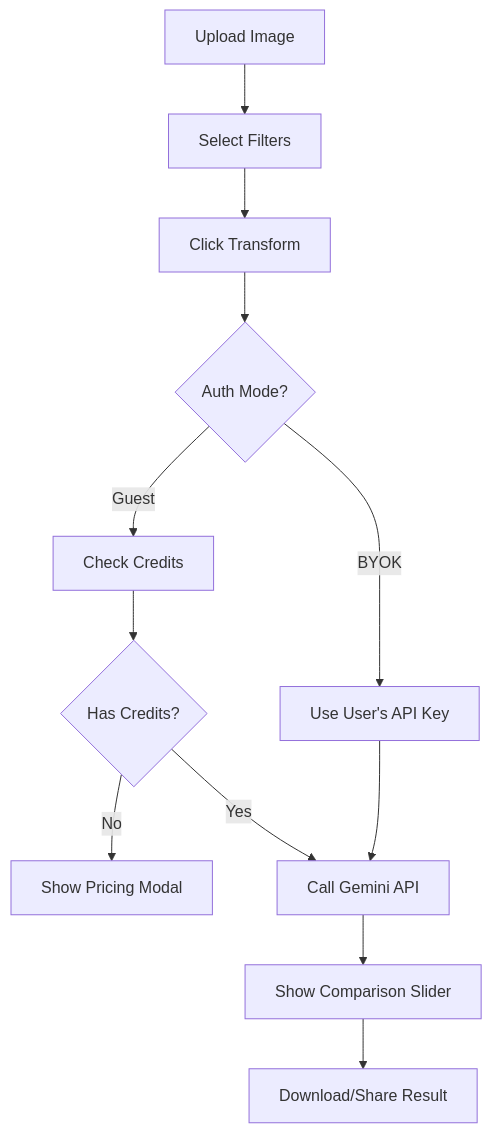
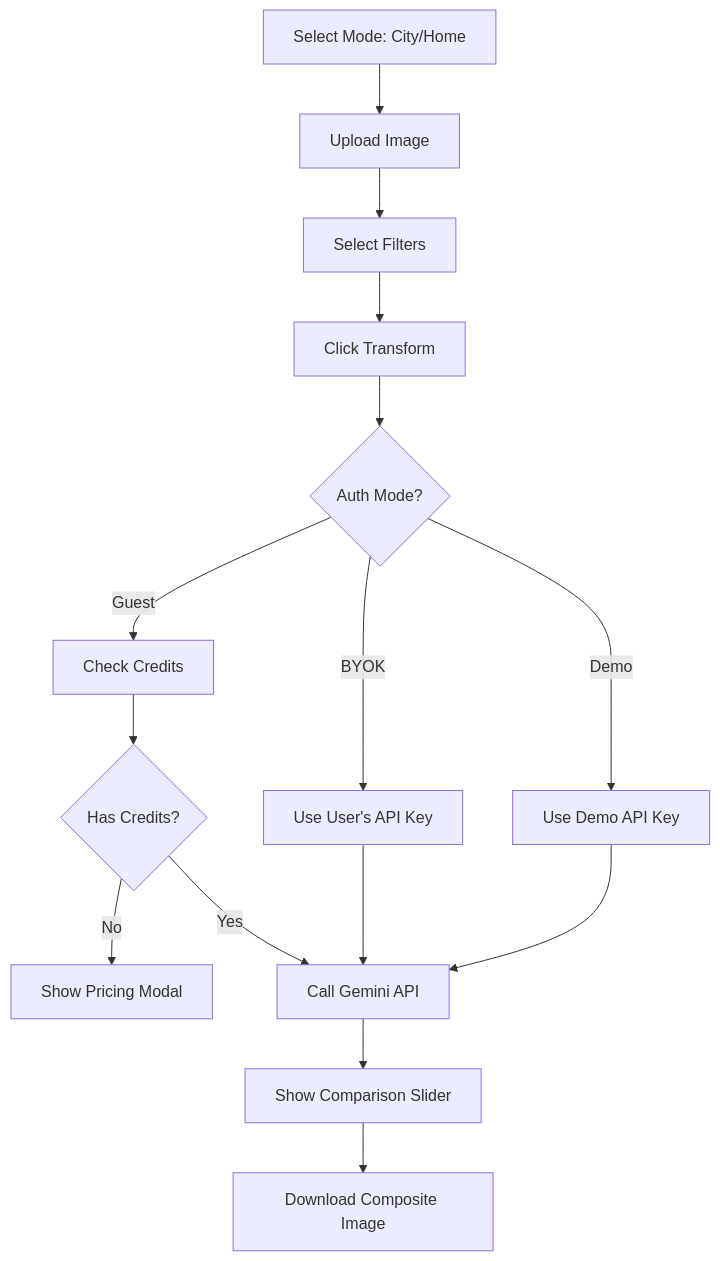
Before and after one commit to vatsal28/civic_vision: the second of 2 diagrams in PRD.md, drawn with Mermaid. The commit also changed other lines of this file and 13 other files, not shown here.

````diff
--- a/PRD.md
+++ b/PRD.md
@@ -54,14 +60,17 @@
 ```mermaid
 flowchart TD
-    A[Upload Image] --> B[Select Filters]
-    B --> C[Click Transform]
-    C --> D{Auth Mode?}
-    D -->|Guest| E[Check Credits]
-    D -->|BYOK| F[Use User's API Key]
-    E --> G{Has Credits?}
-    G -->|No| H[Show Pricing Modal]
-    G -->|Yes| I[Call Gemini API]
-    F --> I
-    I --> J[Show Comparison Slider]
-    J --> K[Download/Share Result]
+    A[Select Mode: City/Home] --> B[Upload Image]
+    B --> C[Select Filters]
+    C --> D[Click Transform]
+    D --> E{Auth Mode?}
+    E -->|Guest| F[Check Credits]
+    E -->|BYOK| G[Use User's API Key]
+    E -->|Demo| H[Use Demo API Key]
+    F --> I{Has Credits?}
+    I -->|No| J[Show Pricing Modal]
+    I -->|Yes| K[Call Gemini API]
+    G --> K
+    H --> K
+    K --> L[Show Comparison Slider]
+    L --> M[Download Composite Image]
 ```
````
